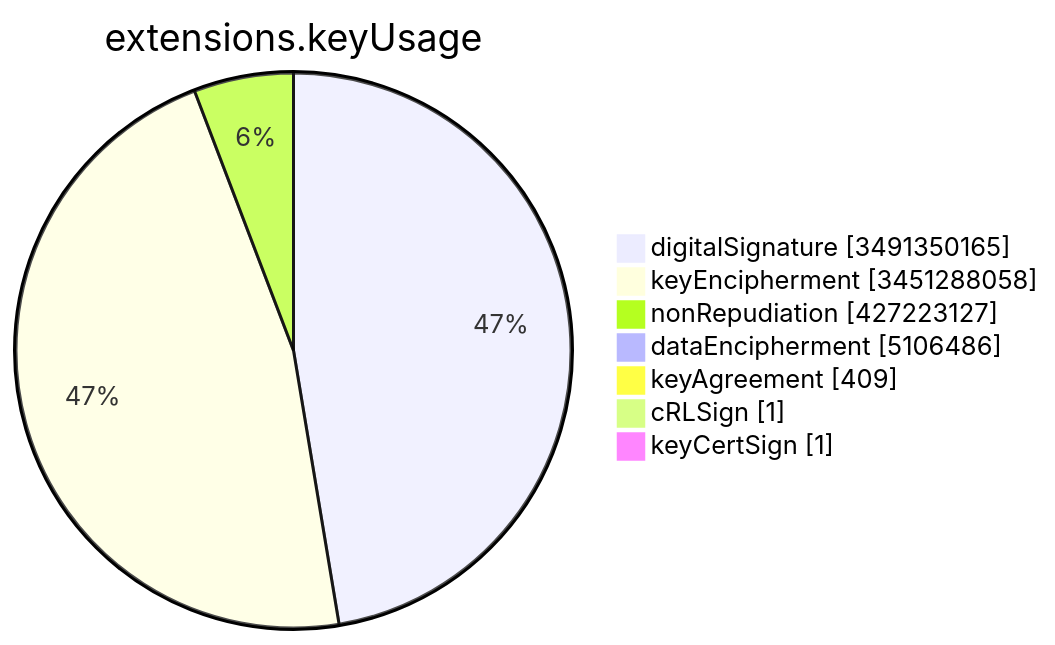
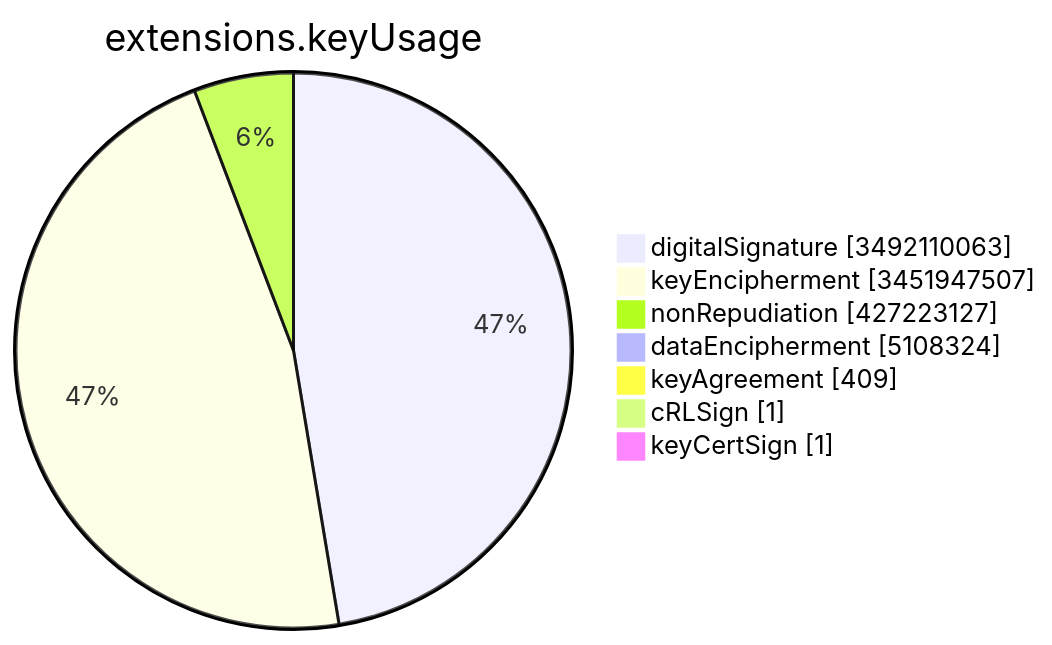
The sixth of 15 diagrams in TOTAL/README.md (christiankrug/ctmonitor_visualization), drawn with Mermaid before and after one commit. The commit also changed other lines of this file, not shown here.

````diff
--- a/TOTAL/README.md
+++ b/TOTAL/README.md
@@ -3083,11 +3083,11 @@
 ```mermaid
 pie showData
 title extensions.keyUsage
-"digitalSignature" :3491350165
-"keyEncipherment" :3451288058
+"digitalSignature" :3492110063
+"keyEncipherment" :3451947507
 "nonRepudiation" :427223127
-"dataEncipherment" :5106486
+"dataEncipherment" :5108324
 "keyAgreement" :409
 "cRLSign" :1
 "keyCertSign" :1
 ```
````
